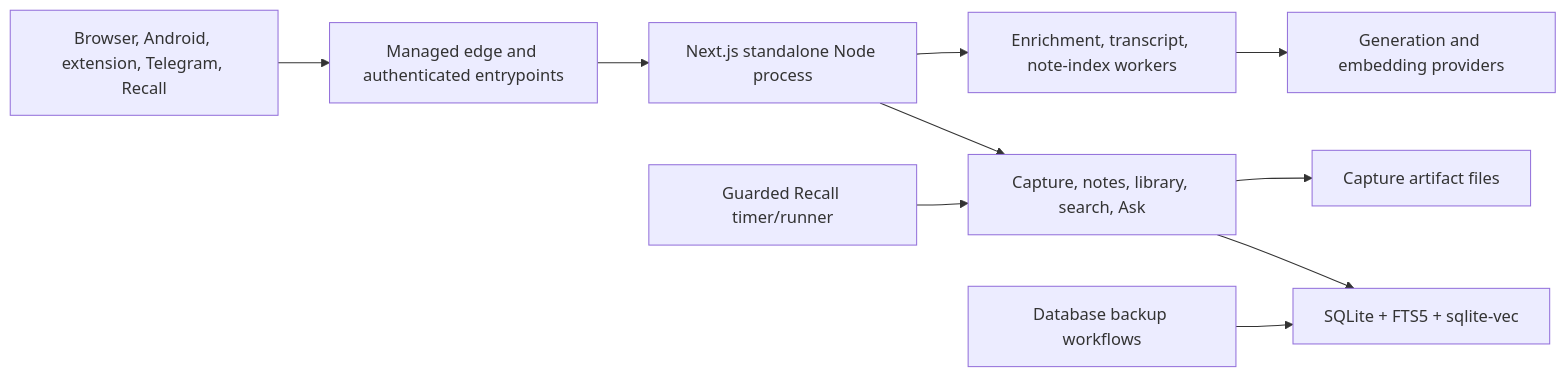
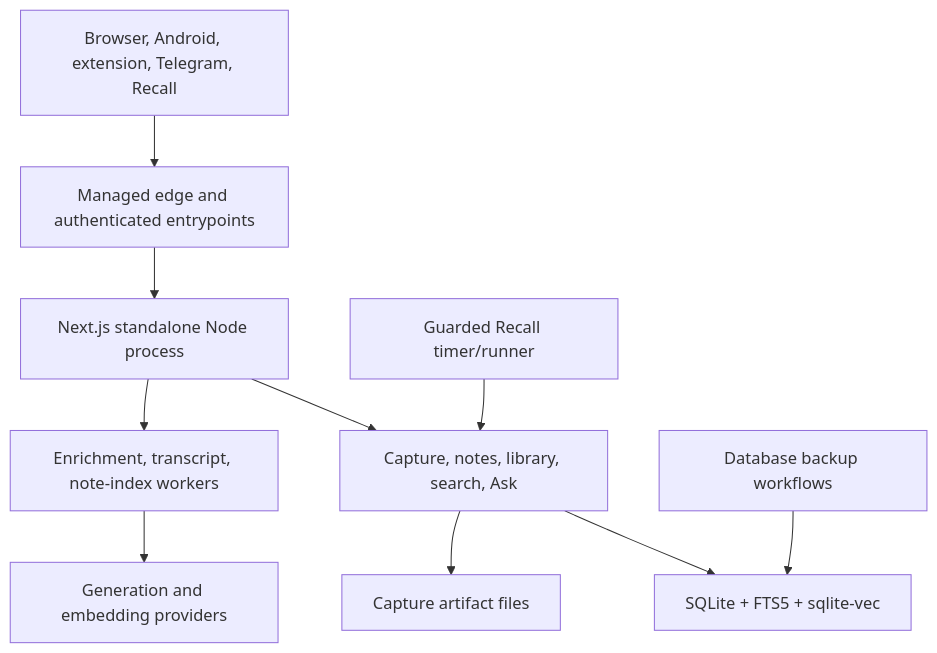
The diagram in docs/wiki/System-Architecture.md (arunpr614/ai-brain), drawn with Mermaid before and after one commit. The commit also changed 2 other files, not shown here.

Commit message:
docs: improve Mermaid readability on GitHub
## Why
GitHub rendered the living architecture diagrams correctly but its diagram controls obscured the rightmost nodes in the horizontal layout. A vertical flow keeps every node readable in the repository preview and the narrower published wiki content area.

````diff
--- a/docs/wiki/System-Architecture.md
+++ b/docs/wiki/System-Architecture.md
@@ -10,12 +10,12 @@
 ```mermaid
-flowchart LR
+flowchart TB
   clients["Browser, Android, extension, Telegram, Recall"] --> edge["Managed edge and authenticated entrypoints"]
   edge --> web["Next.js standalone Node process"]
   web --> domain["Capture, notes, library, search, Ask"]
   domain --> db["SQLite + FTS5 + sqlite-vec"]
   domain --> artifacts["Capture artifact files"]
   web --> workers["Enrichment, transcript, note-index workers"]
   workers --> providers["Generation and embedding providers"]
   recall["Guarded Recall timer/runner"] --> domain
   backups["Database backup workflows"] --> db
 ```
````
